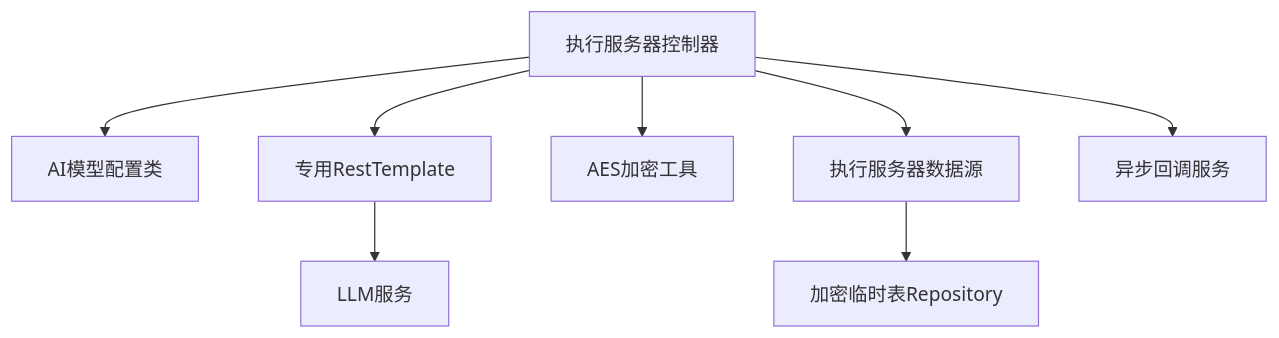
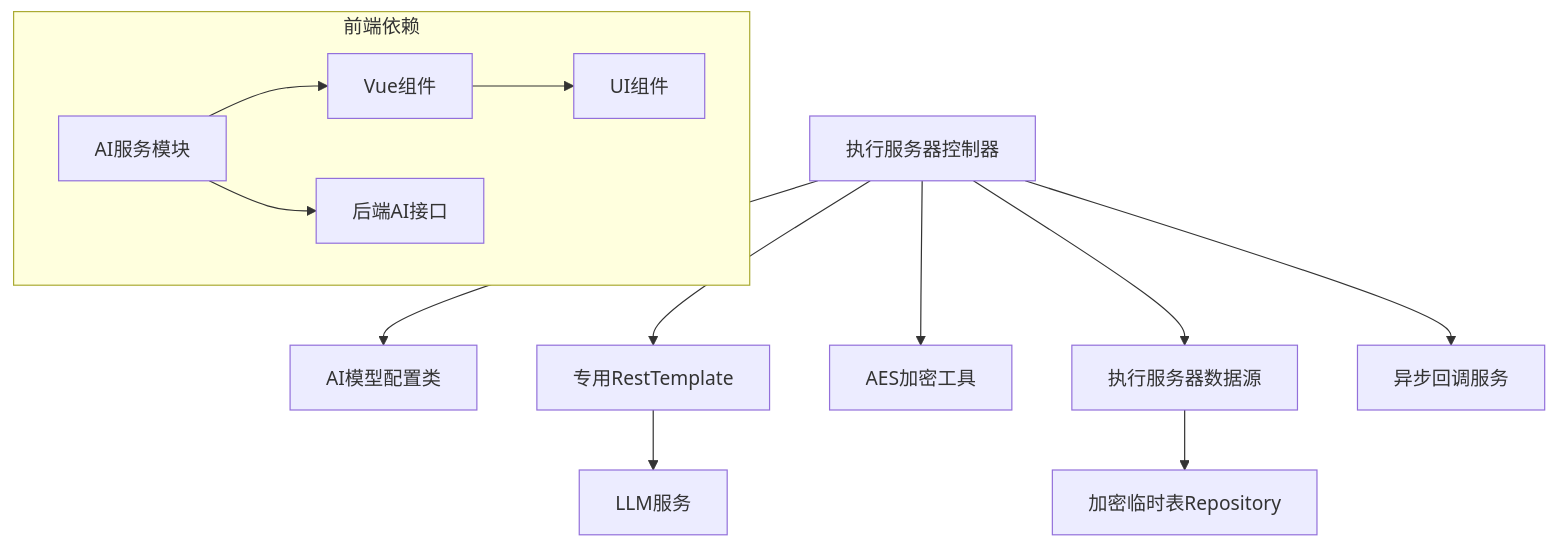
Before and after one commit to liuzh2008/med_ai_assistant_workspace: the seventh of 7 diagrams in .qoder/repowiki/zh/content/核心功能模块/AI诊断辅助系统.md, drawn with Mermaid. The commit also changed other lines of this file and 1 other file, not shown here.

````diff
--- a/.qoder/repowiki/zh/content/核心功能模块/AI诊断辅助系统.md
+++ b/.qoder/repowiki/zh/content/核心功能模块/AI诊断辅助系统.md
@@ -248,10 +319,15 @@
 ```mermaid
 graph TB
 Controller["执行服务器控制器"] --> Config["AI模型配置类"]
 Controller --> RestTemplate["专用RestTemplate"]
 Controller --> AES["AES加密工具"]
 Controller --> DB["执行服务器数据源"]
 Controller --> Callback["异步回调服务"]
 RestTemplate --> LLM["LLM服务"]
 DB --> TempRepo["加密临时表Repository"]
+subgraph "前端依赖"
+AIService["AI服务模块"] --> VueComp["Vue组件"]
+AIService --> BackendAPI["后端AI接口"]
+VueComp --> UIComponents["UI组件"]
+end
 ```
````
